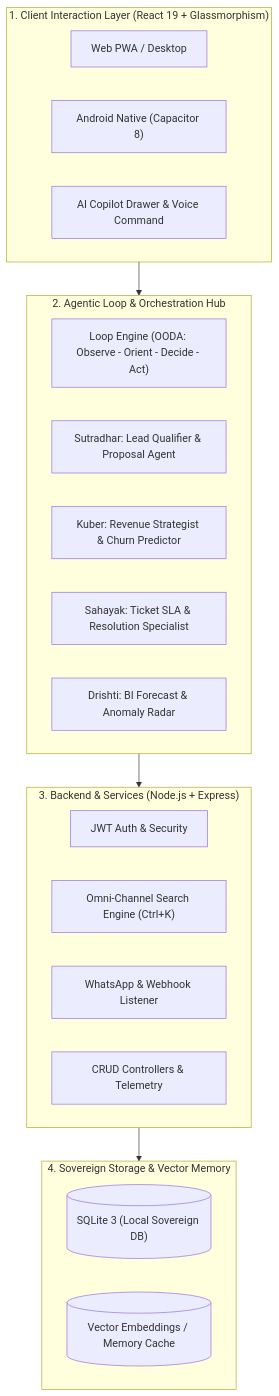
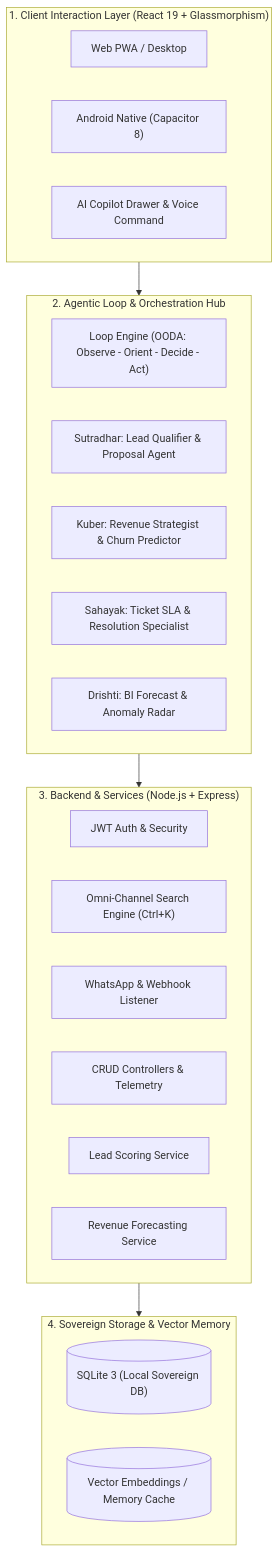
Before and after one commit to Mradul-Consultancy/Sutradhar-AI: the first of 2 diagrams in README.md, drawn with Mermaid. The commit also changed other lines of this file and 1 other file, not shown here.

Commit message:
Rebrand README to Sutradhar AI: add dashboard screenshot, AI agents docs, updated architecture, and new API endpoints

````diff
--- a/README.md
+++ b/README.md
@@ -152,32 +192,34 @@
 ```mermaid
 graph TD
     subgraph ClientLayer ["1. Client Interaction Layer (React 19 + Glassmorphism)"]
         PWA["Web PWA / Desktop"]
         AndroidApp["Android Native (Capacitor 8)"]
         AICopilot["AI Copilot Drawer & Voice Command"]
     end
 
     subgraph AgentOrchestration ["2. Agentic Loop & Orchestration Hub"]
         LoopEngine["Loop Engine (OODA: Observe - Orient - Decide - Act)"]
         Sutradhar["Sutradhar: Lead Qualifier & Proposal Agent"]
         Kuber["Kuber: Revenue Strategist & Churn Predictor"]
         Sahayak["Sahayak: Ticket SLA & Resolution Specialist"]
         Drishti["Drishti: BI Forecast & Anomaly Radar"]
     end
 
     subgraph ServiceLayer ["3. Backend & Services (Node.js + Express)"]
         AuthModule["JWT Auth & Security"]
         OmniSearch["Omni-Channel Search Engine (Ctrl+K)"]
         WhatsAppSink["WhatsApp & Webhook Listener"]
         RESTEndpoints["CRUD Controllers & Telemetry"]
+        LeadScoring["Lead Scoring Service"]
+        Forecasting["Revenue Forecasting Service"]
     end
 
     subgraph DataLayer ["4. Sovereign Storage & Vector Memory"]
         SQLiteDB[("SQLite 3 (Local Sovereign DB)")]
         LocalEmbeddings[("Vector Embeddings / Memory Cache")]
     end
 
     ClientLayer --> AgentOrchestration
     AgentOrchestration --> ServiceLayer
     ServiceLayer --> DataLayer
 ```
````
